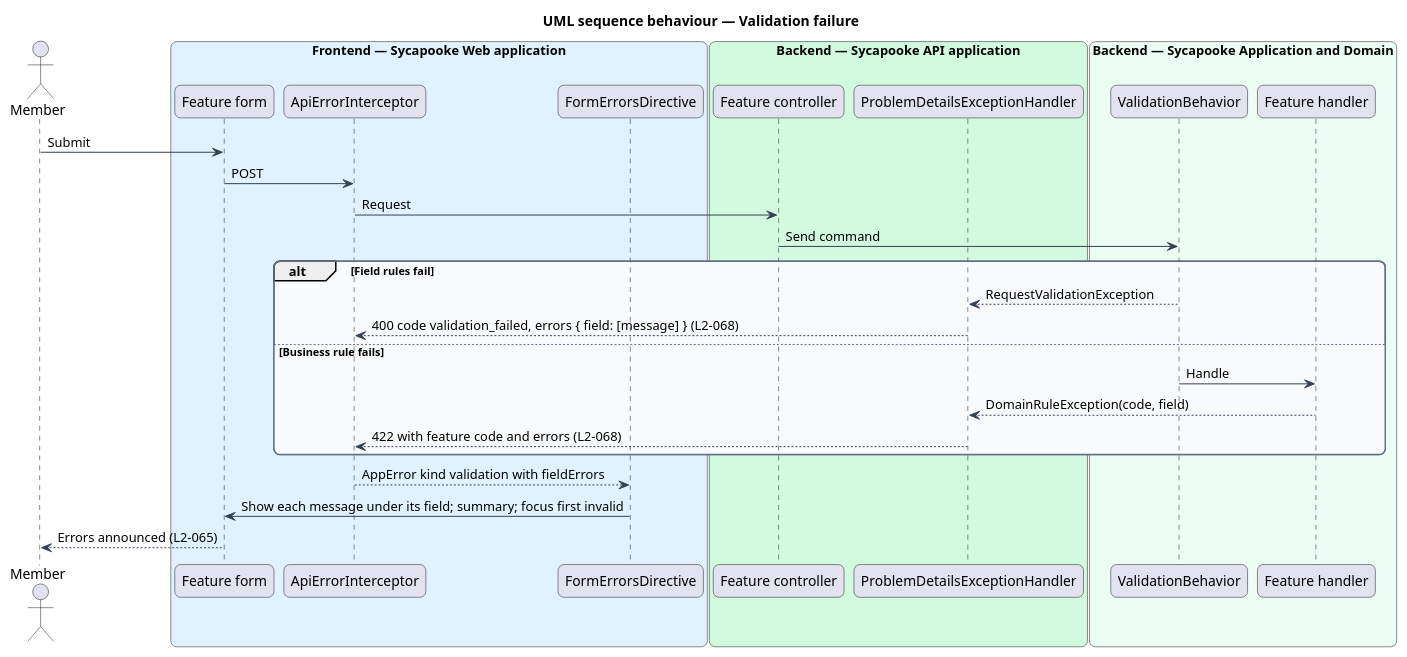
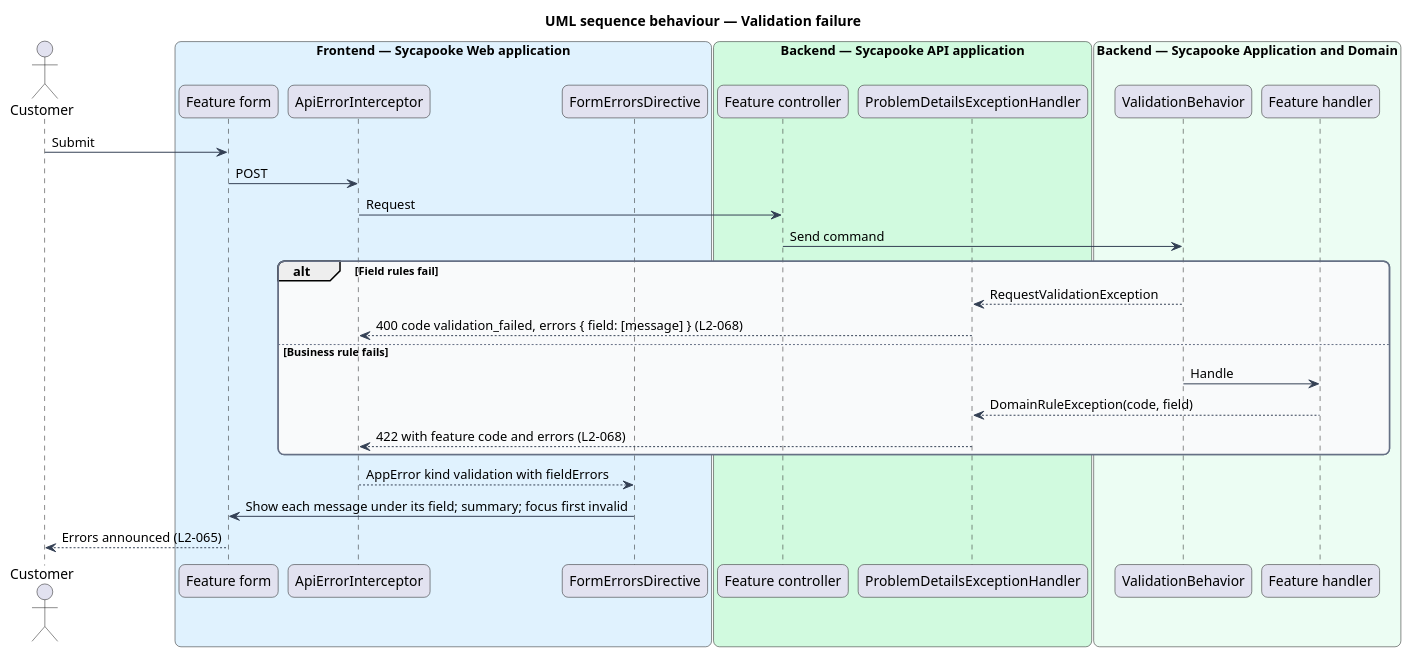
The diagram in docs/detailed-designs/platform/report-errors-and-observe/diagrams/sequence-validation-error.puml (QuinntyneBrown/sycapooke), drawn with PlantUML before and after one commit. The commit also changed 860 other files, not shown here.

```diff
--- a/docs/detailed-designs/platform/report-errors-and-observe/diagrams/sequence-validation-error.puml
+++ b/docs/detailed-designs/platform/report-errors-and-observe/diagrams/sequence-validation-error.puml
@@ -1,46 +1,46 @@
 @startuml
 title UML sequence behaviour — Validation failure
 skinparam backgroundColor #FFFFFF
 skinparam shadowing false
 skinparam roundcorner 12
 skinparam defaultFontName Arial
 skinparam ArrowColor #344054
 skinparam rectangle {
   BorderColor #344054
   FontColor #101828
 }
 skinparam package {
   BorderColor #667085
   FontColor #101828
   BackgroundColor #F9FAFB
 }
-actor "Member" as actor
+actor "Customer" as actor
 box "Frontend — Sycapooke Web application" #E0F2FE
   participant "Feature form" as page
   participant "ApiErrorInterceptor" as int
   participant "FormErrorsDirective" as fe
 end box
 box "Backend — Sycapooke API application" #D1FADF
   participant "Feature controller" as ctrl
   participant "ProblemDetailsExceptionHandler" as pd
 end box
 box "Backend — Sycapooke Application and Domain" #ECFDF3
   participant "ValidationBehavior" as vb
   participant "Feature handler" as handler
 end box
 actor -> page : Submit
 page -> int : POST
 int -> ctrl : Request
 ctrl -> vb : Send command
 alt Field rules fail
   vb --> pd : RequestValidationException
   pd --> int : 400 code validation_failed, errors { field: [message] } (L2-068)
 else Business rule fails
   vb -> handler : Handle
   handler --> pd : DomainRuleException(code, field)
   pd --> int : 422 with feature code and errors (L2-068)
 end
 int --> fe : AppError kind validation with fieldErrors
 fe -> page : Show each message under its field; summary; focus first invalid
 page --> actor : Errors announced (L2-065)
 @enduml
```
